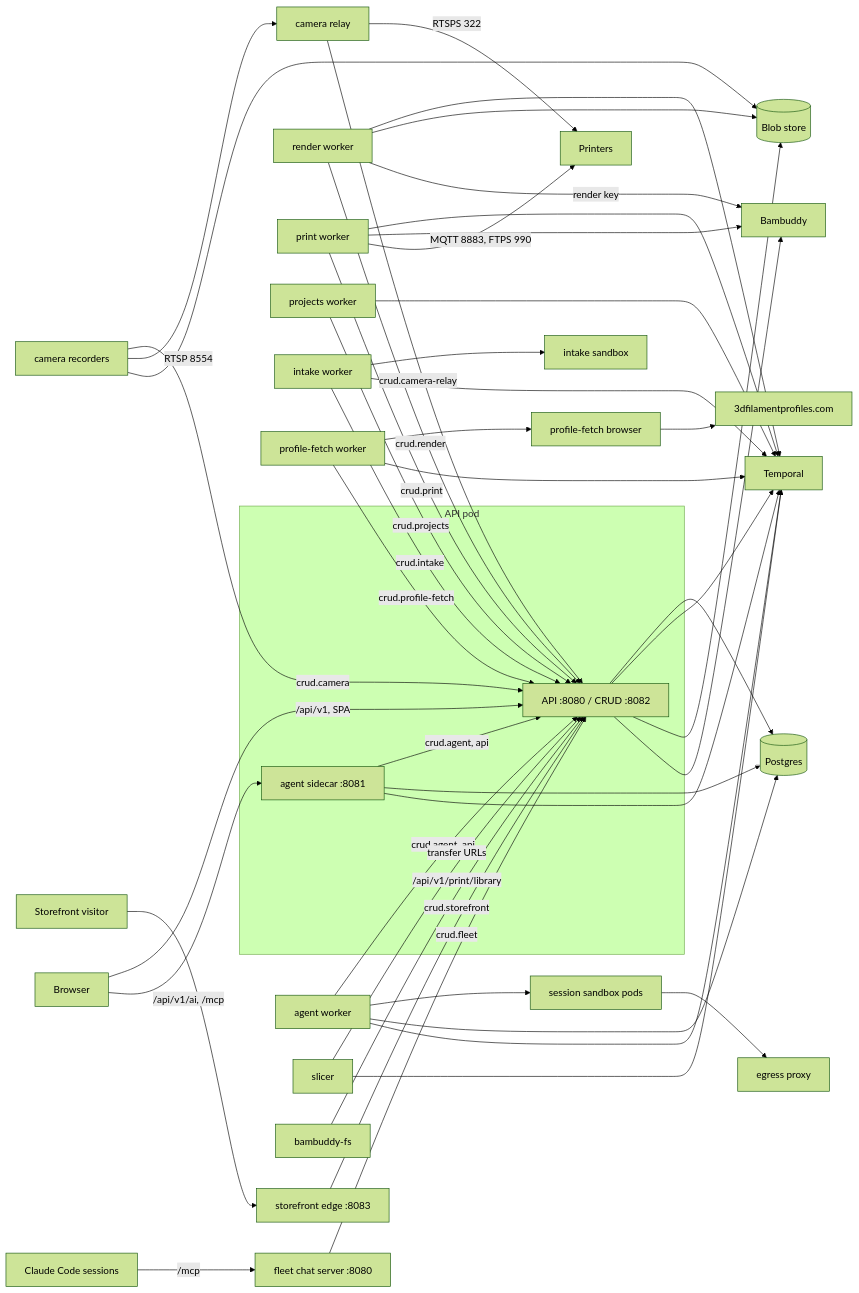
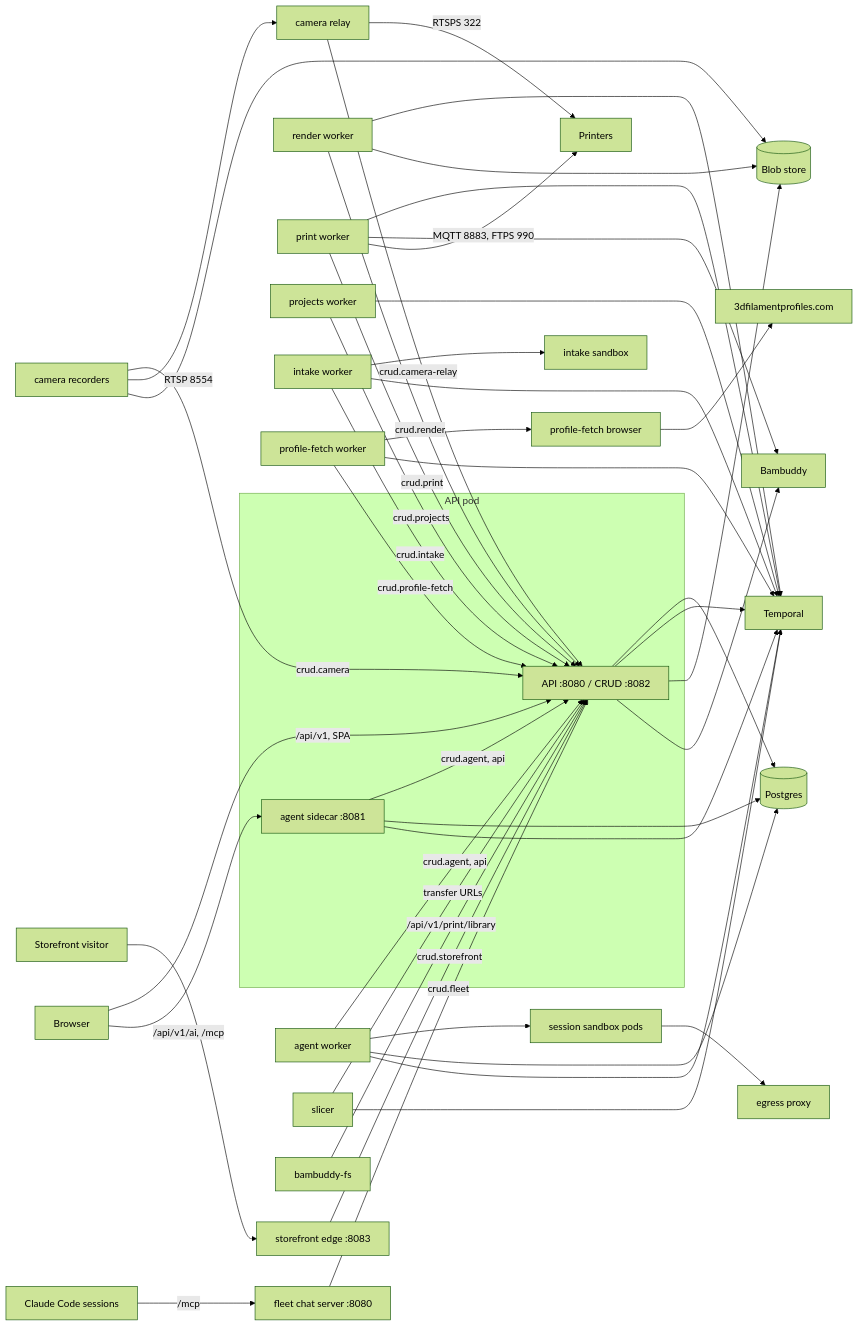
Before and after one commit to eh-homelab/ScadBuddy: the diagram in docs/architecture/processes.md, drawn with Mermaid (forest theme). The commit also changed other lines of this file and 47 other files, not shown here.

````diff
--- a/docs/architecture/processes.md
+++ b/docs/architecture/processes.md
@@ -37,38 +37,37 @@
 ```mermaid
 flowchart LR
     subgraph apiPod[API pod]
         API[API :8080 / CRUD :8082]
         AS[agent sidecar :8081]
     end
     Browser -->|/api/v1, SPA| API
     Browser -->|/api/v1/ai, /mcp| AS
     Visitor[Storefront visitor] --> Edge[storefront edge :8083]
     Edge -->|crud.storefront| API
     RW[render worker] -->|crud.render| API
     PW[print worker] -->|crud.print| API
     PJ[projects worker] -->|crud.projects| API
     IW[intake worker] -->|crud.intake| API
     IW --> ISB[intake sandbox]
     PF[profile-fetch worker] -->|crud.profile-fetch| API
     PF --> PFB[profile-fetch browser] --> TDFP[3dfilamentprofiles.com]
     CR[camera relay] -->|crud.camera-relay| API
     CR -->|RTSPS 322| PR
     CREC[camera recorders] -->|crud.camera| API
     CREC -->|RTSP 8554| CR
     CREC --> S3
     AW[agent worker] -->|crud.agent, api| API
     AS -->|crud.agent, api| API
     AW --> SBX[session sandbox pods] --> EG[egress proxy]
     SL[slicer] -->|transfer URLs| API
     FL[fleet chat server :8080] -->|crud.fleet| API
     CC[Claude Code sessions] -->|/mcp| FL
     API --> PG[(Postgres)]
     AS --> PG
     AW --> PG
     API & RW & PW & PJ & IW & PF & AW & AS & SL --> T[Temporal]
     API & RW --> S3[(Blob store)]
     API & PW --> BB[Bambuddy]
-    RW -->|render key| BB
     PW -->|MQTT 8883, FTPS 990| PR[Printers]
     FS[bambuddy-fs] -->|/api/v1/print/library| API
 ```
````
